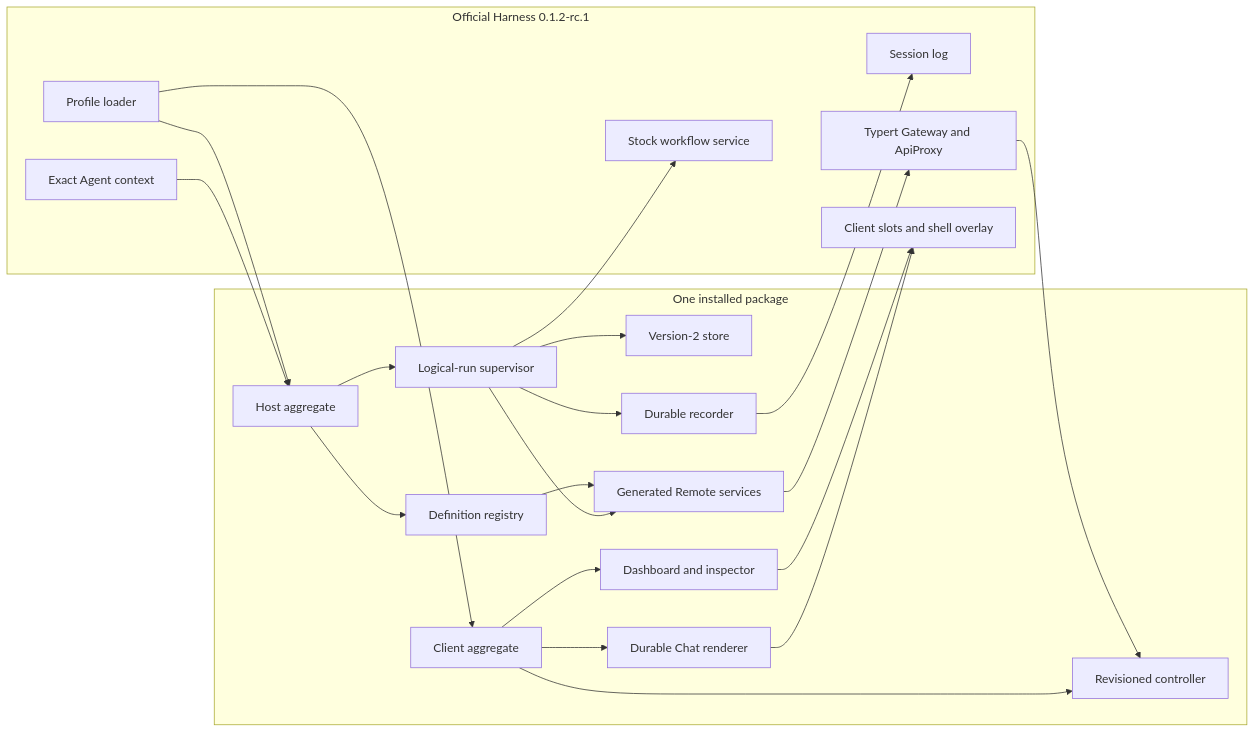
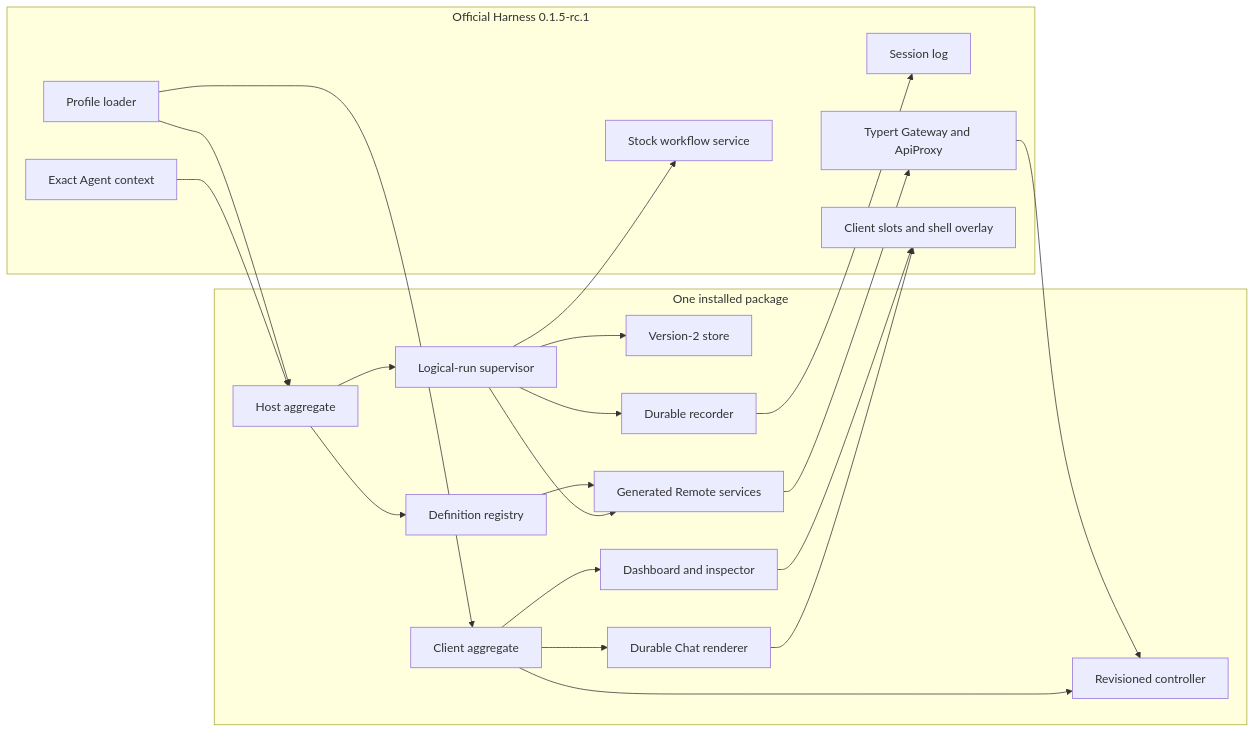
The first of 2 diagrams in docs/architecture.md (zaalipro/dsh-workflows), drawn with Mermaid before and after one commit. The commit also changed other lines of this file and 40 other files, not shown here.

````diff
--- a/docs/architecture.md
+++ b/docs/architecture.md
@@ -24,35 +24,35 @@
 ```mermaid
 flowchart LR
-  subgraph H[Official Harness 0.1.2-rc.1]
+  subgraph H[Official Harness 0.1.5-rc.1]
     Loader[Profile loader]
     Engine[Stock workflow service]
     Agent[Exact Agent context]
     Session[Session log]
     Gateway[Typert Gateway and ApiProxy]
     Slots[Client slots and shell overlay]
   end
   subgraph Package[One installed package]
     Host[Host aggregate]
     Registry[Definition registry]
     Supervisor[Logical-run supervisor]
     Store[Version-2 store]
     Recorder[Durable recorder]
     Remote[Generated Remote services]
     Client[Client aggregate]
     Controller[Revisioned controller]
     Dashboard[Dashboard and inspector]
     Chat[Durable Chat renderer]
   end
   Loader --> Host
   Host --> Registry
   Host --> Supervisor
   Supervisor --> Engine
   Supervisor --> Store
   Agent --> Host
   Supervisor --> Recorder --> Session
   Registry --> Remote
   Supervisor --> Remote --> Gateway --> Controller
   Loader --> Client --> Controller
   Client --> Dashboard --> Slots
   Client --> Chat --> Slots
 ```
````
